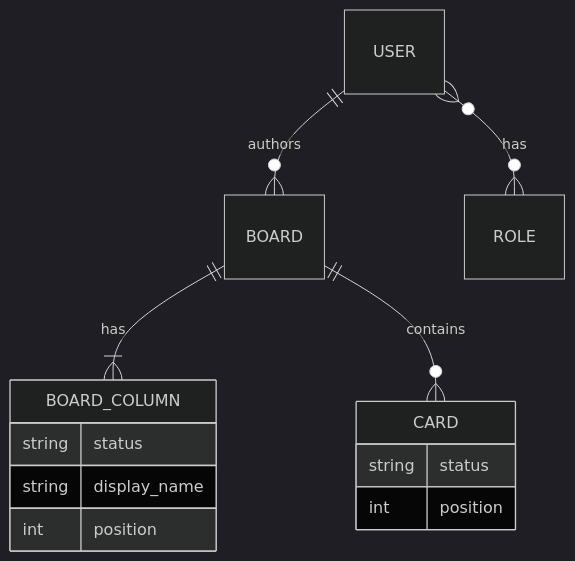
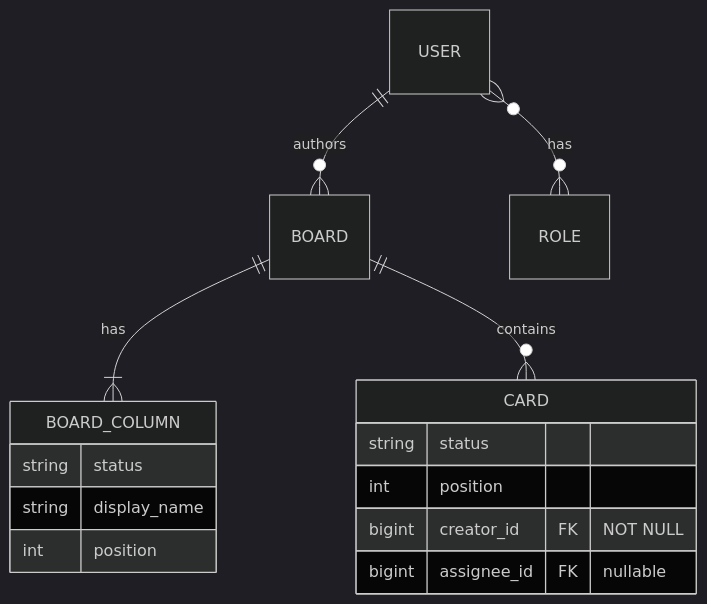
One commit to remygin/bmad-todolist changed the fourth of 4 diagrams in _bmad-output/planning-artifacts/architecture/architecture-bmad-todolist-2026-07-18/ARCHITECTURE-SPINE.md. Above: the diagram before and after it, drawn with Mermaid (dark theme). The commit also changed other lines of this file and 14 other files, not shown here.

````diff
--- a/_bmad-output/planning-artifacts/architecture/architecture-bmad-todolist-2026-07-18/ARCHITECTURE-SPINE.md
+++ b/_bmad-output/planning-artifacts/architecture/architecture-bmad-todolist-2026-07-18/ARCHITECTURE-SPINE.md
@@ -187,16 +205,18 @@
 ```mermaid
 erDiagram
   USER ||--o{ BOARD : authors
   USER }o--o{ ROLE : has
   BOARD ||--|{ BOARD_COLUMN : has
   BOARD ||--o{ CARD : contains
   BOARD_COLUMN {
     string status
     string display_name
     int position
   }
   CARD {
     string status
     int position
+    bigint creator_id FK "NOT NULL"
+    bigint assignee_id FK "nullable"
   }
 ```
````
